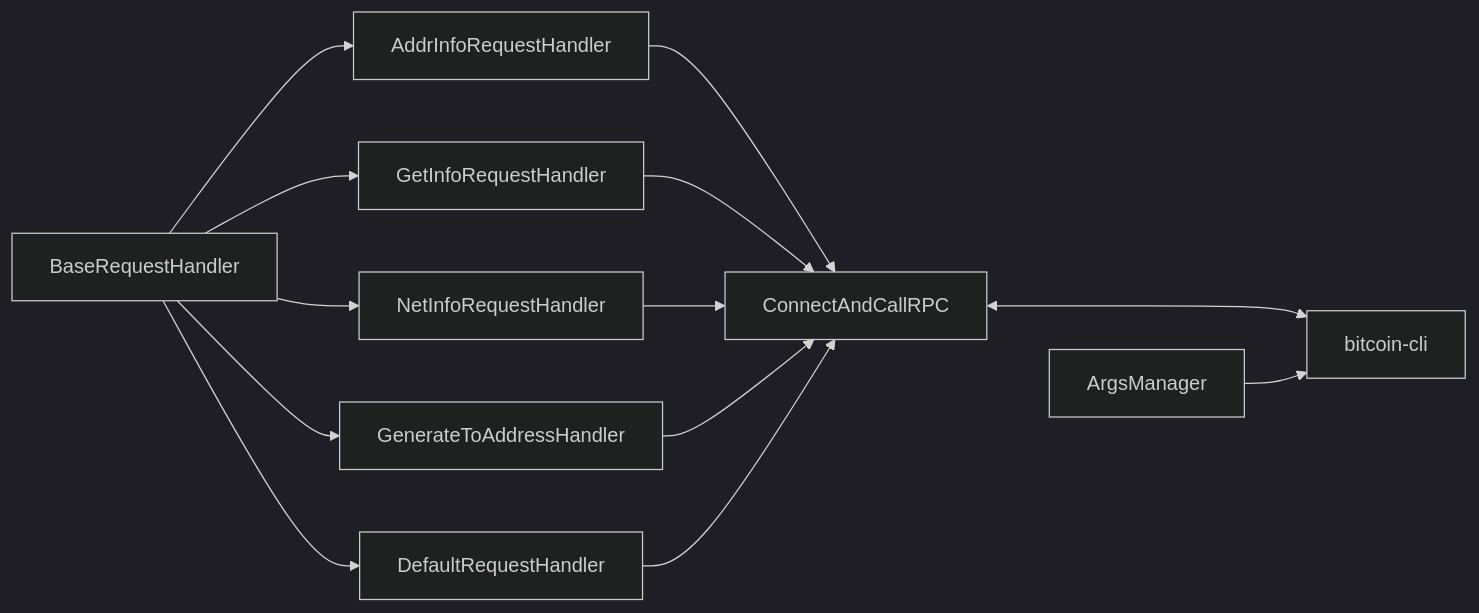
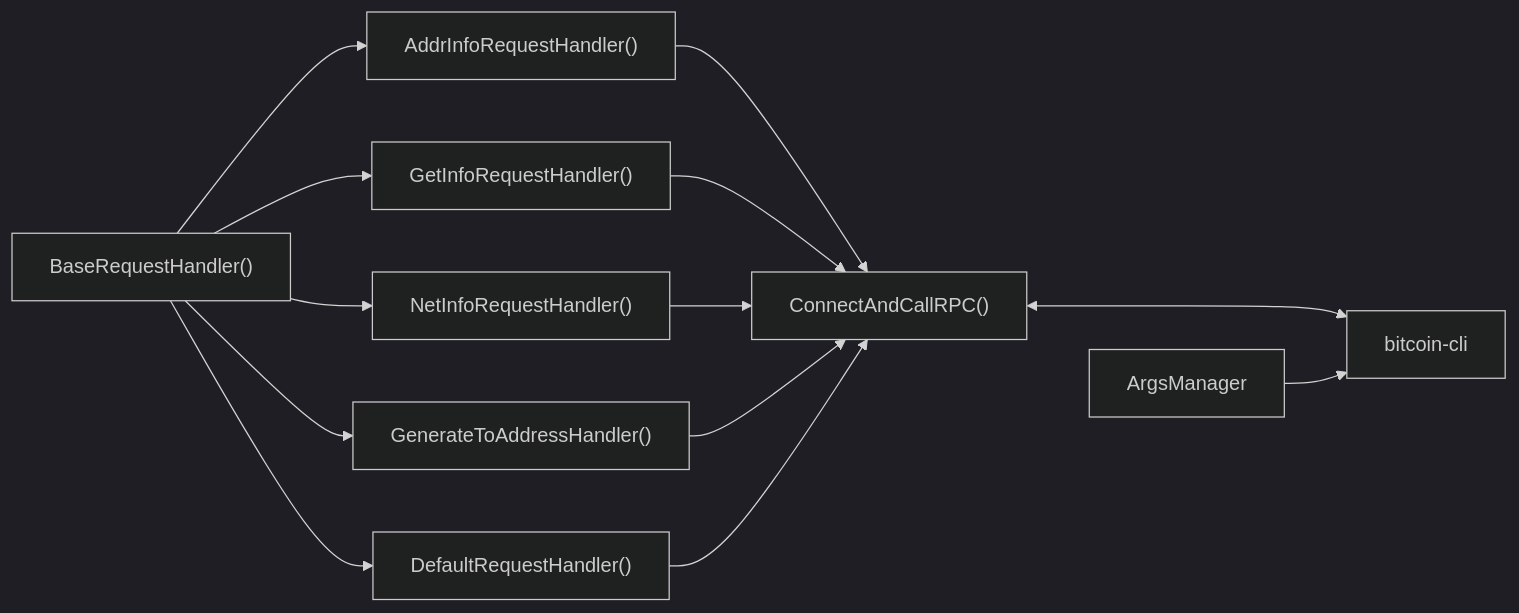
The third of 5 diagrams in 02_architecture.adoc (chaincodelabs/onboarding-to-bitcoin-core), drawn with Mermaid (dark theme) before and after one commit. The commit also changed other lines of this file and 2 other files, not shown here.

Commit message:
Add feedback from GitHub code review Ch 1&2

```diff
--- a/02_architecture.adoc
+++ b/02_architecture.adoc
@@ -144,11 +146,19 @@
 [mermaid, target=bitcoin-cli-overview, format=svg]
 ....
 flowchart LR
-    BaseRequestHandler --> AddrInfoRequestHandler --> ConnectAndCallRPC
-    BaseRequestHandler --> GetInfoRequestHandler --> ConnectAndCallRPC
-    BaseRequestHandler --> NetInfoRequestHandler --> ConnectAndCallRPC
-    BaseRequestHandler --> GenerateToAddressHandler --> ConnectAndCallRPC
-    BaseRequestHandler --> DefaultRequestHandler --> ConnectAndCallRPC
-    ConnectAndCallRPC <---> bitcoin-cli
+    base_request["BaseRequestHandler()"]
+    connect_call["ConnectAndCallRPC()"]
+    addr_request["AddrInfoRequestHandler()"]
+    get_info["GetInfoRequestHandler()"]
+    net_info["NetInfoRequestHandler()"]
+    generate["GenerateToAddressHandler()"]
+    default["DefaultRequestHandler()"]
+
+    base_request --> addr_request --> connect_call
+    base_request --> get_info --> connect_call
+    base_request --> net_info --> connect_call
+    base_request --> generate --> connect_call
+    base_request --> default --> connect_call
+    connect_call <---> bitcoin-cli
     ArgsManager --> bitcoin-cli
 ....
```
